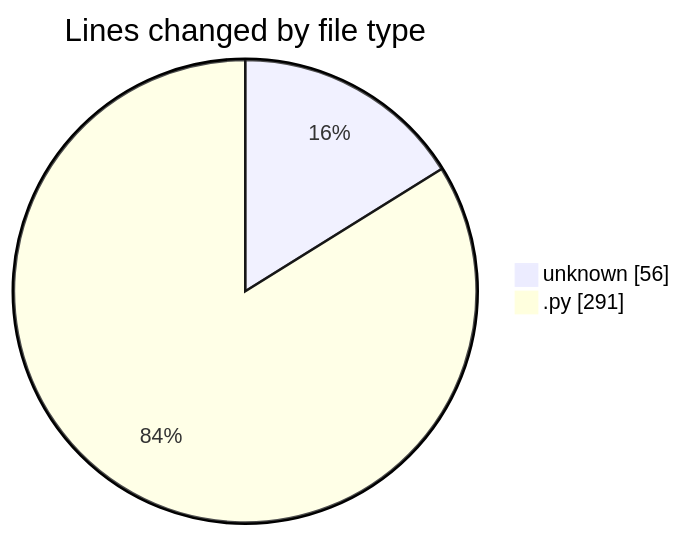
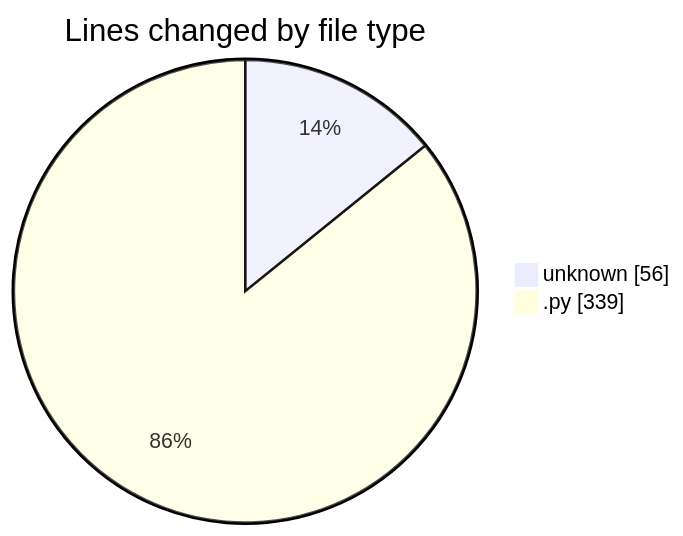
One commit to julien-gomy/code-tracking changed the first of 2 diagrams in 2025-11-21/eventscop-api-guide/README.md. Above: the diagram before and after it, drawn with Mermaid. The commit also changed other lines of this file and 1 other file, not shown here.

````diff
--- a/2025-11-21/eventscop-api-guide/README.md
+++ b/2025-11-21/eventscop-api-guide/README.md
@@ -22,6 +23,6 @@
 ```mermaid
 pie showData
 title Lines changed by file type
 "unknown" : 56
-".py" : 291
+".py" : 339
 ```
````
